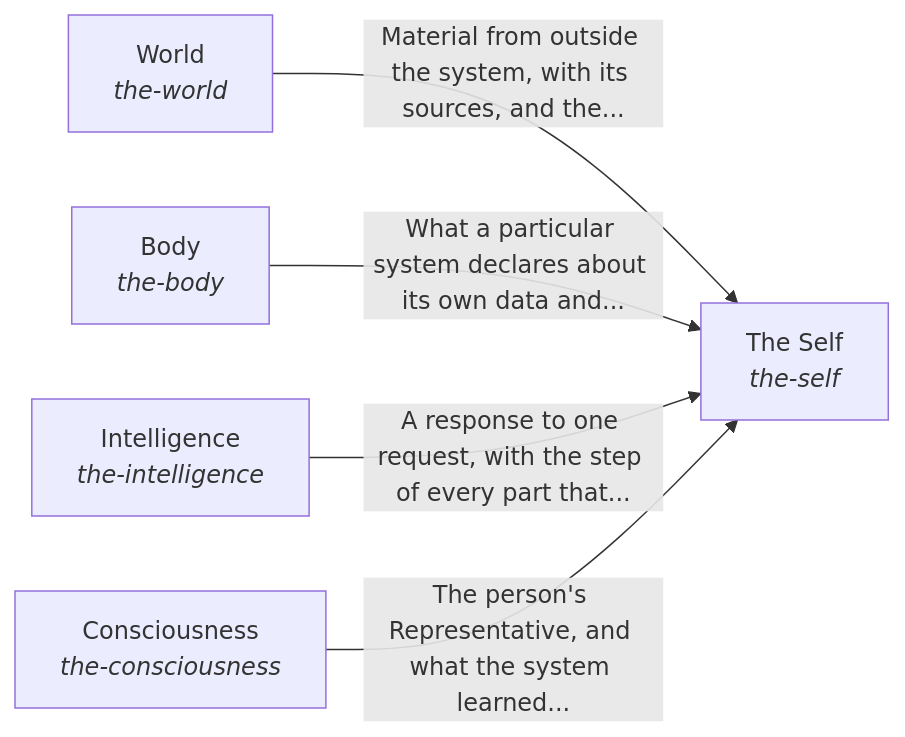
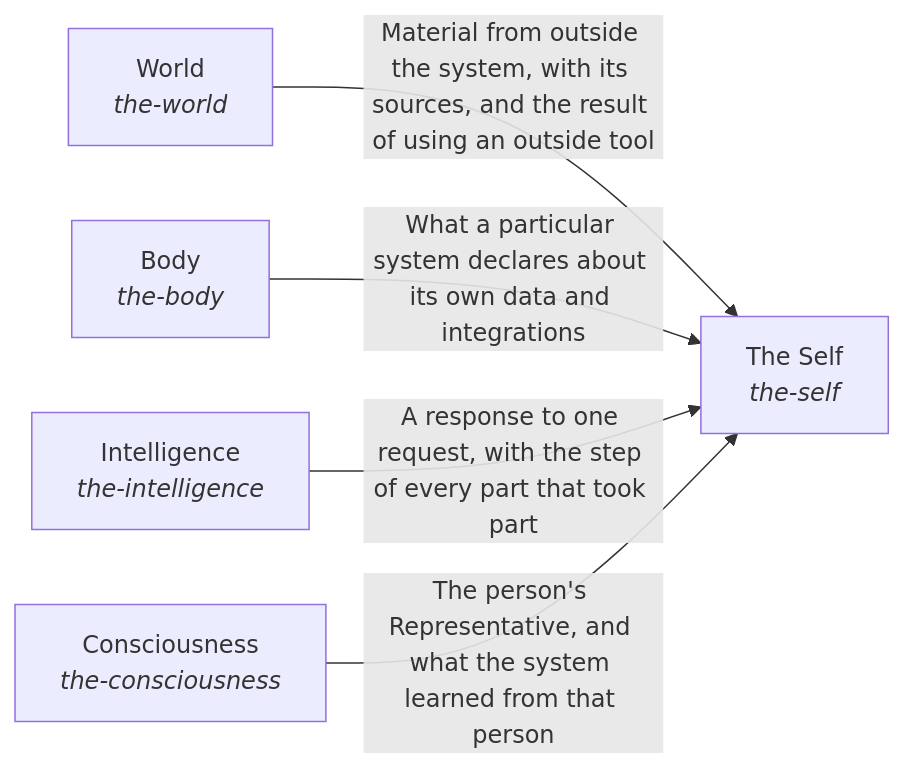
The diagram in esoi/README.md (SpiritualData/ai-hub-of-hubs-structure), drawn with Mermaid before and after one commit. The commit also changed other lines of this file and 10 other files, not shown here.

Commit message:
Generated pages show whole sentences and whole diagram labels, never cut at a character count

````diff
--- a/esoi/README.md
+++ b/esoi/README.md
@@ -17,12 +17,12 @@
 ```mermaid
 flowchart LR
     s0["World<br/><i>the-world</i>"]
     s1["The Self<br/><i>the-self</i>"]
     s2["Body<br/><i>the-body</i>"]
     s3["Intelligence<br/><i>the-intelligence</i>"]
     s4["Consciousness<br/><i>the-consciousness</i>"]
-    s0 -->|"Material from outside the system, with its sources, and the..."| s1
-    s2 -->|"What a particular system declares about its own data and..."| s1
-    s3 -->|"A response to one request, with the step of every part that..."| s1
-    s4 -->|"The person's Representative, and what the system learned..."| s1
+    s0 -->|"Material from outside the system, with its sources, and the result of using an outside tool"| s1
+    s2 -->|"What a particular system declares about its own data and integrations"| s1
+    s3 -->|"A response to one request, with the step of every part that took part"| s1
+    s4 -->|"The person's Representative, and what the system learned from that person"| s1
 ```
````
